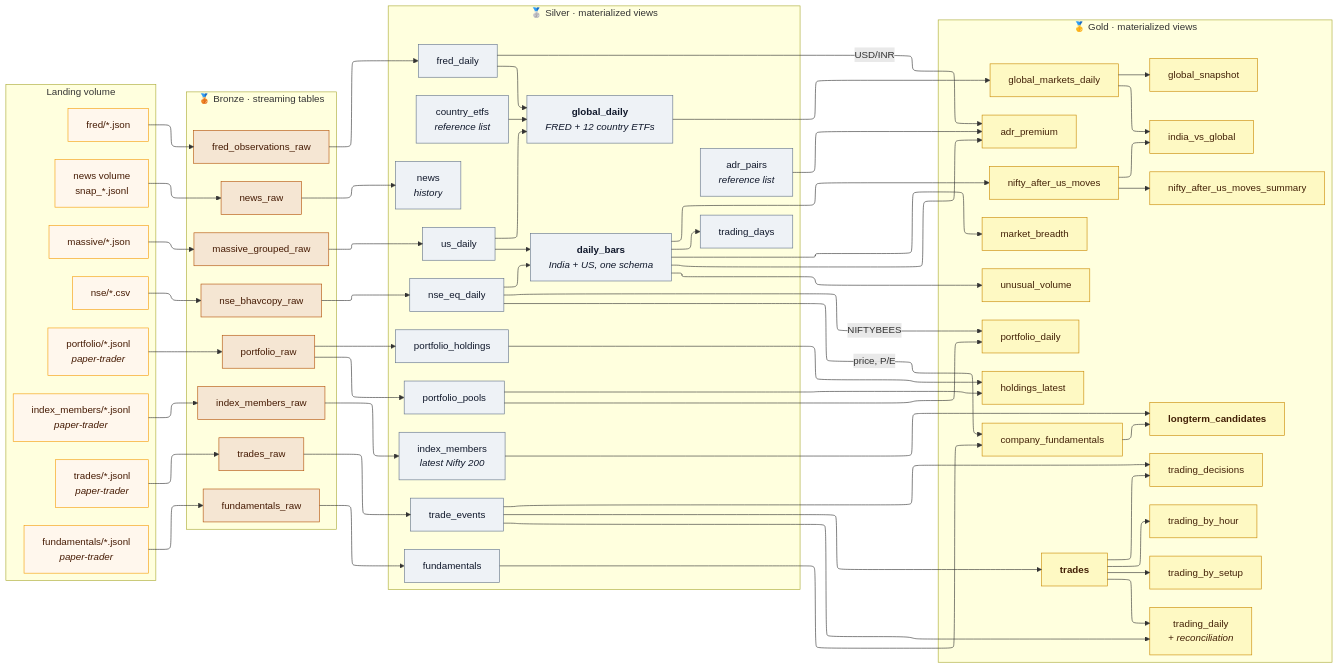
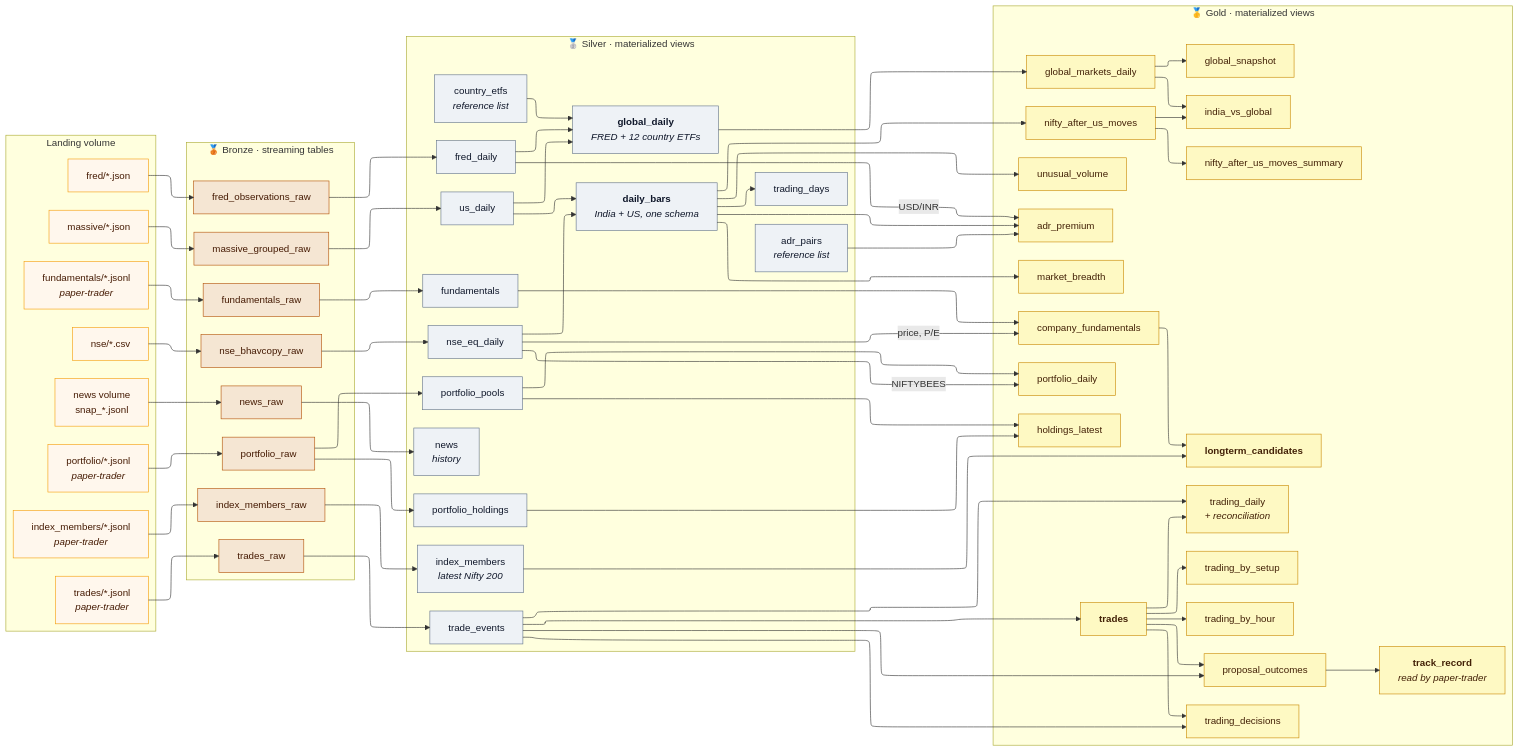
Before and after one commit to bumblebee26/stocks_lakehouse: the diagram in docs/diagrams/03_lineage.mmd, drawn with Mermaid. The commit also changed 5 other files, not shown here.

First line of the commit message:
Feedback loop: gold.proposal_outcomes and gold.track_record (read by paper-trader every session)

```diff
--- a/docs/diagrams/03_lineage.mmd
+++ b/docs/diagrams/03_lineage.mmd
@@ -1,114 +1,118 @@
 ---
 config:
   layout: elk
   elk:
     mergeEdges: false
     nodePlacementStrategy: NETWORK_SIMPLEX
 ---
 flowchart LR
     subgraph LAND["Landing volume"]
         direction TB
         LN["nse/*.csv"]
         LM["massive/*.json"]
         LF["fred/*.json"]
         LT["trades/*.jsonl<br/><i>paper-trader</i>"]
         LP["portfolio/*.jsonl<br/><i>paper-trader</i>"]
         LU["fundamentals/*.jsonl<br/><i>paper-trader</i>"]
         LI["index_members/*.jsonl<br/><i>paper-trader</i>"]
         LW["news volume<br/>snap_*.jsonl"]
     end
 
     subgraph B["🥉 Bronze · streaming tables"]
         direction TB
         B1["nse_bhavcopy_raw"]
         B2["massive_grouped_raw"]
         B3["fred_observations_raw"]
         B4["trades_raw"]
         B5["portfolio_raw"]
         B6["fundamentals_raw"]
         B7["index_members_raw"]
         B8["news_raw"]
     end
 
     subgraph S["🥈 Silver · materialized views"]
         direction TB
         S1["nse_eq_daily"]
         S2["us_daily"]
         S3["<b>daily_bars</b><br/><i>India + US, one schema</i>"]
         S4["trading_days"]
         S5["fred_daily"]
         S6["<b>global_daily</b><br/><i>FRED + 12 country ETFs</i>"]
         S7["trade_events"]
         S8["portfolio_pools"]
         S9["portfolio_holdings"]
         S10["fundamentals"]
         S11["index_members<br/><i>latest Nifty 200</i>"]
         S12["news<br/><i>history</i>"]
         S13["country_etfs<br/><i>reference list</i>"]
         S14["adr_pairs<br/><i>reference list</i>"]
     end
 
     subgraph G["🥇 Gold · materialized views"]
         direction TB
         G1["unusual_volume"]
         G2["market_breadth"]
         G3["nifty_after_us_moves"]
         G4["nifty_after_us_moves_summary"]
         G5["adr_premium"]
         G6["global_markets_daily"]
         G7["global_snapshot"]
         G8["india_vs_global"]
         G9["<b>trades</b>"]
         G10["trading_daily<br/><i>+ reconciliation</i>"]
         G11["trading_by_setup"]
         G12["trading_by_hour"]
         G13["trading_decisions"]
         G14["portfolio_daily"]
         G15["holdings_latest"]
         G16["company_fundamentals"]
         G17["<b>longterm_candidates</b>"]
+        G18["proposal_outcomes"]
+        G19["<b>track_record</b><br/><i>read by paper-trader</i>"]
     end
 
     LN --> B1 --> S1 --> S3
     LM --> B2 --> S2 --> S3
     LF --> B3 --> S5 --> S6
     S2 --> S6
     S13 --> S6
     S3 --> S4
     S3 --> G1
     S3 --> G2
     S3 --> G3 --> G4
     S3 --> G5
     S14 --> G5
     S5 -- "USD/INR" --> G5
     S6 --> G6 --> G7
     G6 --> G8
     G3 --> G8
     LT --> B4 --> S7 --> G9
     G9 --> G10
     S7 --> G10
     G9 --> G11
     G9 --> G12
     G9 --> G13
     S7 --> G13
+    S7 --> G18
+    G9 --> G18 --> G19
     LP --> B5
     B5 --> S8
     B5 --> S9
     S8 --> G14
     S1 -- "NIFTYBEES" --> G14
     S9 --> G15
     S8 --> G15
     LU --> B6 --> S10 --> G16
     S1 -- "price, P/E" --> G16
     LI --> B7 --> S11 --> G17
     G16 --> G17
     LW --> B8 --> S12
 
     classDef land fill:#fff7ed,stroke:#f59e0b,color:#451a03
     classDef bronze fill:#f5e6d3,stroke:#b45309,color:#451a03
     classDef silver fill:#eef2f6,stroke:#64748b,color:#0f172a
     classDef gold fill:#fef9c3,stroke:#ca8a04,color:#422006
     class LN,LM,LF,LT,LP,LU,LI,LW land
     class B1,B2,B3,B4,B5,B6,B7,B8 bronze
     class S1,S2,S3,S4,S5,S6,S7,S8,S9,S10,S11,S12,S13,S14 silver
-    class G1,G2,G3,G4,G5,G6,G7,G8,G9,G10,G11,G12,G13,G14,G15,G16,G17 gold
+    class G1,G2,G3,G4,G5,G6,G7,G8,G9,G10,G11,G12,G13,G14,G15,G16,G17,G18,G19 gold
```
